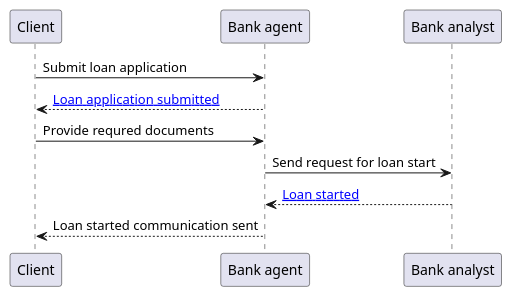
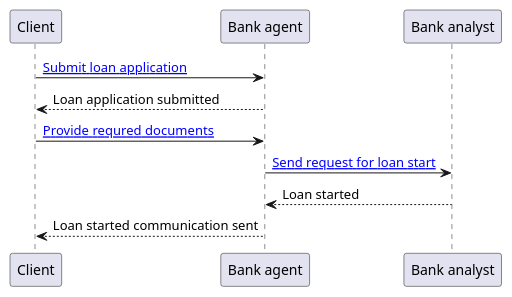
One commit to PawelJaworski/ddd-loan-application changed the diagram in model/activity diagram.puml. Above: the diagram before and after it, drawn with PlantUML. The commit also changed 4 other files, not shown here.

```diff
--- a/model/activity diagram.puml
+++ b/model/activity diagram.puml
@@ -1,8 +1,8 @@
 @startuml
-Client -> "Bank agent" : Submit loan application
-"Bank agent" --> "Client" : [[https://github.com/PawelJaworski/ddd-loan-application/blob/8ba316f82c901532783b6ff2bf88a2352106b765/src/main/java/pl/javorek/ddd/service/applicationforloan/domain/event/DomainEvent.java#L14 Loan application submitted]]
-Client -> "Bank agent" : Provide requred documents
-"Bank agent" -> "Bank analyst" : Send request for loan start
-"Bank analyst" --> "Bank agent" : [[https://github.com/PawelJaworski/ddd-loan-application/blob/8ba316f82c901532783b6ff2bf88a2352106b765/src/main/java/pl/javorek/ddd/service/applicationforloan/domain/event/DomainEvent.java#L29 Loan started]]
+Client -> "Bank agent" : [[https://github.com/PawelJaworski/ddd-loan-application/blob/f2b5dc192f73bb1021786c6046f66bdadedeb912/src/main/java/pl/javorek/ddd/service/applicationforloan/application/cmd/ApplicationForALoanCmdFacade.java#L24 Submit loan application]]
+"Bank agent" --> "Client" : Loan application submitted
+Client -> "Bank agent" : [[https://github.com/PawelJaworski/ddd-loan-application/blob/f2b5dc192f73bb1021786c6046f66bdadedeb912/src/main/java/pl/javorek/ddd/service/applicationforloan/application/cmd/ApplicationForALoanCmdFacade.java#L38 Provide requred documents]]
+"Bank agent" -> "Bank analyst" : [[https://github.com/PawelJaworski/ddd-loan-application/blob/f2b5dc192f73bb1021786c6046f66bdadedeb912/src/main/java/pl/javorek/ddd/service/applicationforloan/application/cmd/ApplicationForALoanCmdFacade.java#L38 Send request for loan start]]
+"Bank analyst" --> "Bank agent" : Loan started
 "Bank agent" --> "Client" : Loan started communication sent
 @enduml
```
